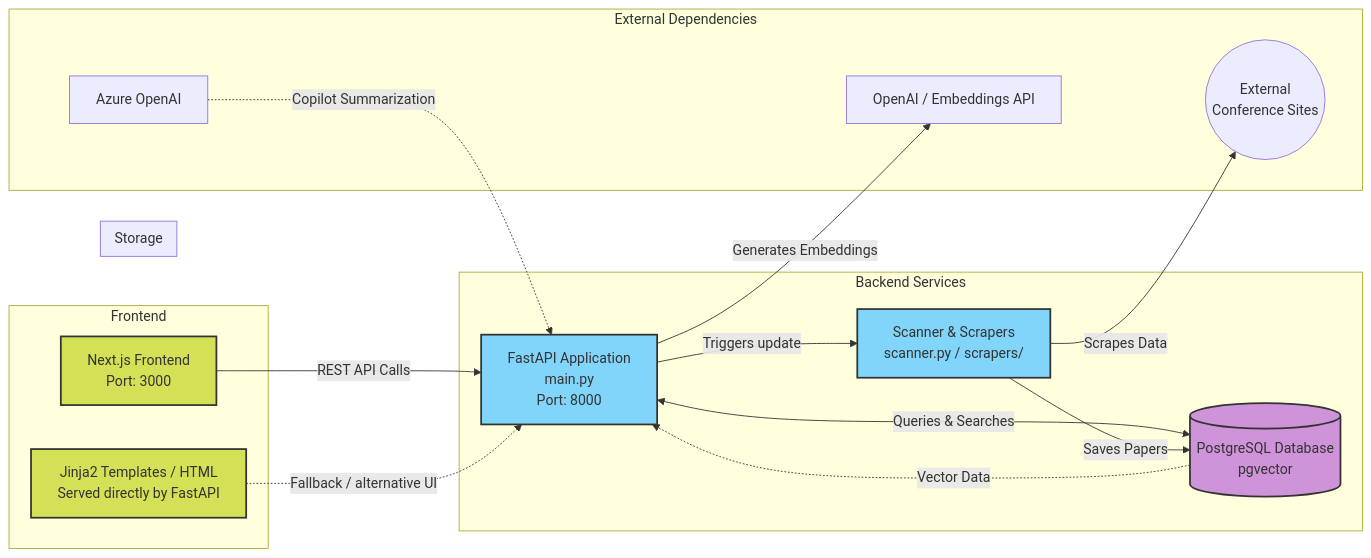
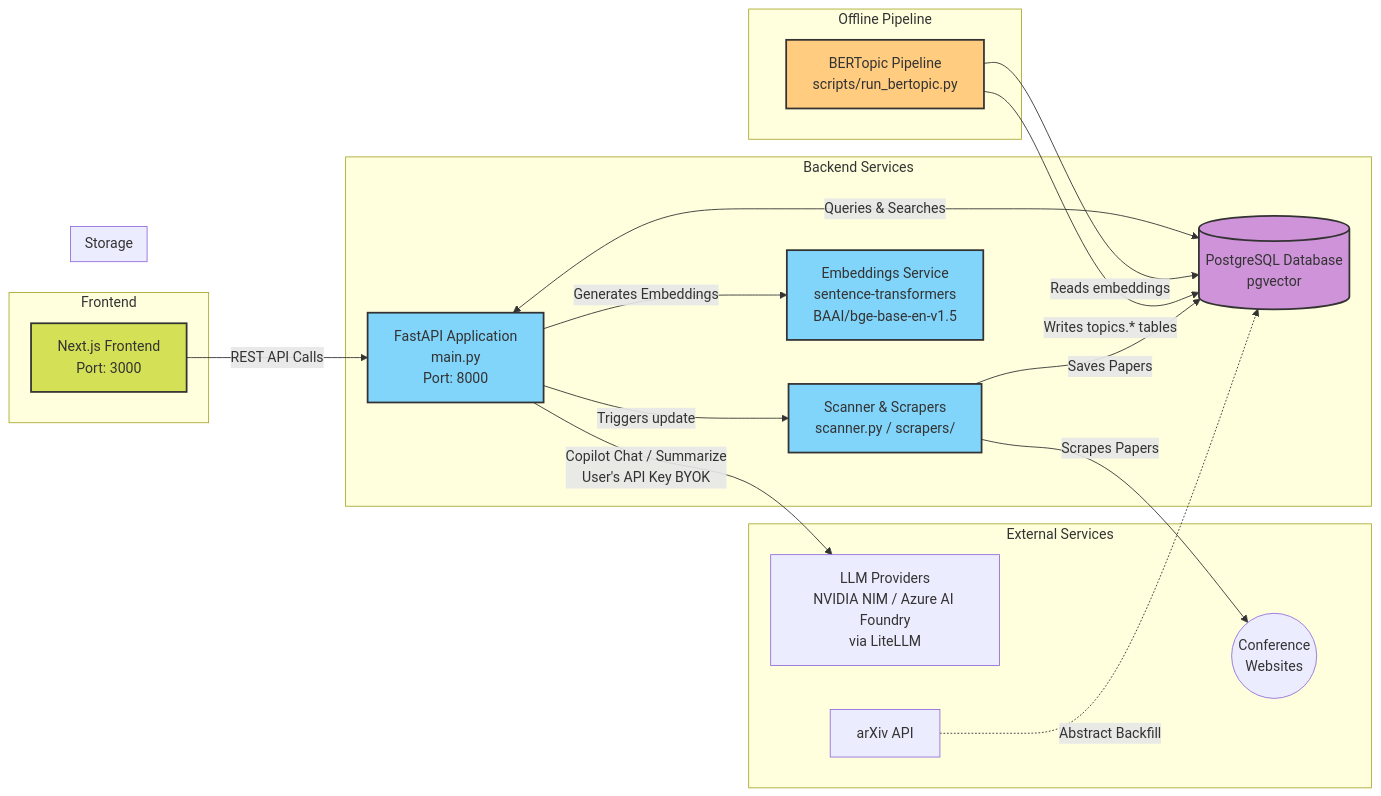
The diagram in architecture.md (RunWang123/cosmospaper), drawn with Mermaid before and after one commit. The commit also changed other lines of this file, not shown here.

Commit message:
docs: fix architecture diagram to match actual codebase

````diff
--- a/architecture.md
+++ b/architecture.md
@@ -5,41 +5,48 @@
 ```mermaid
 graph LR
     subgraph Frontend
-        A[Next.js Frontend<br>Port: 3000] 
-        UI[Jinja2 Templates / HTML<br>Served directly by FastAPI] 
+        A[Next.js Frontend<br>Port: 3000]
     end
 
     subgraph Backend Services
         B[FastAPI Application<br>main.py<br>Port: 8000]
         C[Scanner & Scrapers<br>scanner.py / scrapers/]
-        
+        EMB[Embeddings Service<br>sentence-transformers<br>BAAI/bge-base-en-v1.5]
+
         A -->|REST API Calls| B
-        UI -.->|Fallback / alternative UI| B
         B -->|Triggers update| C
         B <-->|Queries & Searches| D
+        B -->|Generates Embeddings| EMB
     end
 
     subgraph Storage
         D[(PostgreSQL Database<br>pgvector)]
-        D -.->|Vector Data| B
     end
 
-    subgraph External Dependencies
-        Interwebs((External<br>Conference Sites))
-        Azure[Azure OpenAI]
-        E[OpenAI / Embeddings API]
-        C -->|Scrapes Data| Interwebs
+    subgraph Offline Pipeline
+        BT[BERTopic Pipeline<br>scripts/run_bertopic.py]
+        BT -->|Reads embeddings| D
+        BT -->|Writes topics.* tables| D
+    end
+
+    subgraph External Services
+        Interwebs((Conference<br>Websites))
+        LLM[LLM Providers<br>NVIDIA NIM / Azure AI Foundry<br>via LiteLLM]
+        ArXiv[arXiv API]
+
+        C -->|Scrapes Papers| Interwebs
         C -->|Saves Papers| D
-        B -->|Generates Embeddings| E
-        Azure -.->|Copilot Summarization| B
+        B -->|Copilot Chat / Summarize<br>User's API Key BYOK| LLM
+        ArXiv -.->|Abstract Backfill| D
     end
-    
+
     classDef frontend fill:#d4e157,stroke:#333,stroke-width:2px;
     classDef backend fill:#81d4fa,stroke:#333,stroke-width:2px;
     classDef database fill:#ce93d8,stroke:#333,stroke-width:2px;
-    
-    class A,UI frontend;
-    class B,C backend;
+    classDef offline fill:#ffcc80,stroke:#333,stroke-width:2px;
+
+    class A frontend;
+    class B,C,EMB backend;
     class D database;
-
+    class BT offline;
 ```
````
